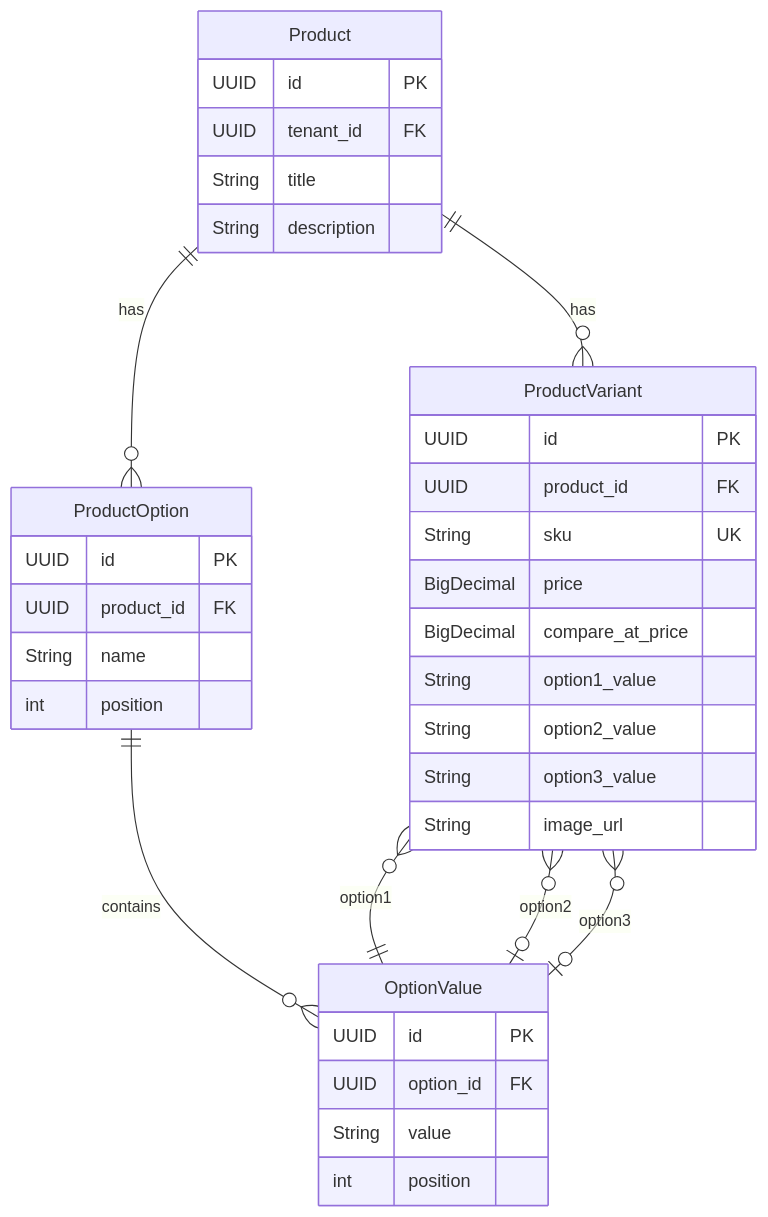
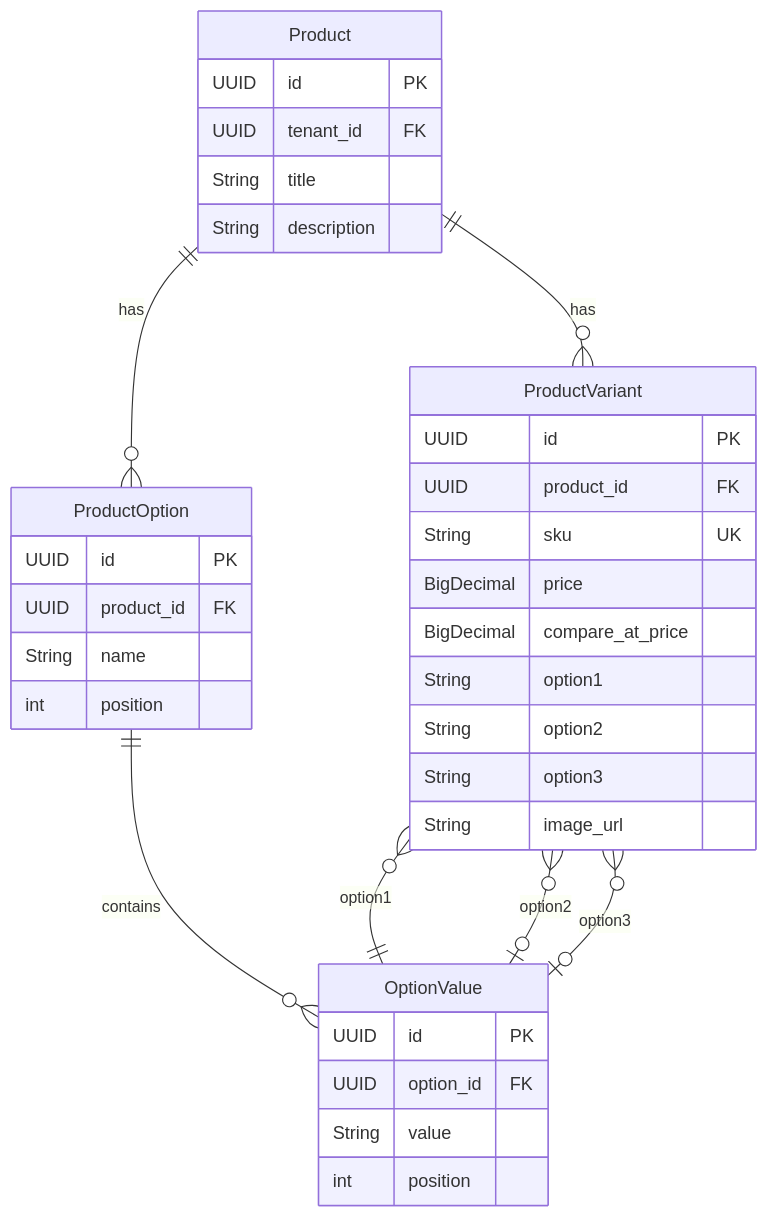
One commit to oddtempo/tempo-core changed the second of 2 diagrams in docs/product/architecture.md. Above: the diagram before and after it, drawn with Mermaid. The commit also changed other lines of this file and 37 other files, not shown here.

Commit message:
Refactor domain entities to extend BaseEntity and implement audit fields; update architecture documentation for atomic product creation requirements

````diff
--- a/docs/product/architecture.md
+++ b/docs/product/architecture.md
@@ -53,42 +53,42 @@
 ```mermaid
 erDiagram
     Product ||--o{ ProductOption : has
     Product ||--o{ ProductVariant : has
     ProductOption ||--o{ OptionValue : contains
     ProductVariant }o--|| OptionValue : "option1"
     ProductVariant }o--o| OptionValue : "option2"
     ProductVariant }o--o| OptionValue : "option3"
     
     Product {
         UUID id PK
         UUID tenant_id FK
         String title
         String description
     }
     
     ProductOption {
         UUID id PK
         UUID product_id FK
         String name
         int position
     }
     
     OptionValue {
         UUID id PK
         UUID option_id FK
         String value
         int position
     }
     
     ProductVariant {
         UUID id PK
         UUID product_id FK
         String sku UK
         BigDecimal price
         BigDecimal compare_at_price
-        String option1_value
-        String option2_value
-        String option3_value
+        String option1
+        String option2
+        String option3
         String image_url
     }
 ```
````
